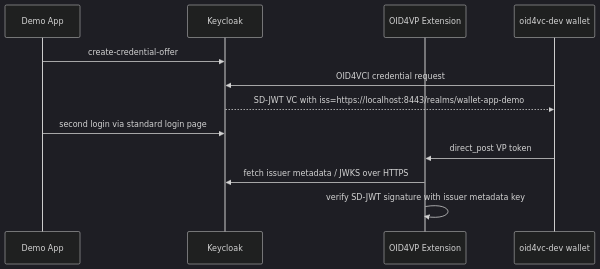
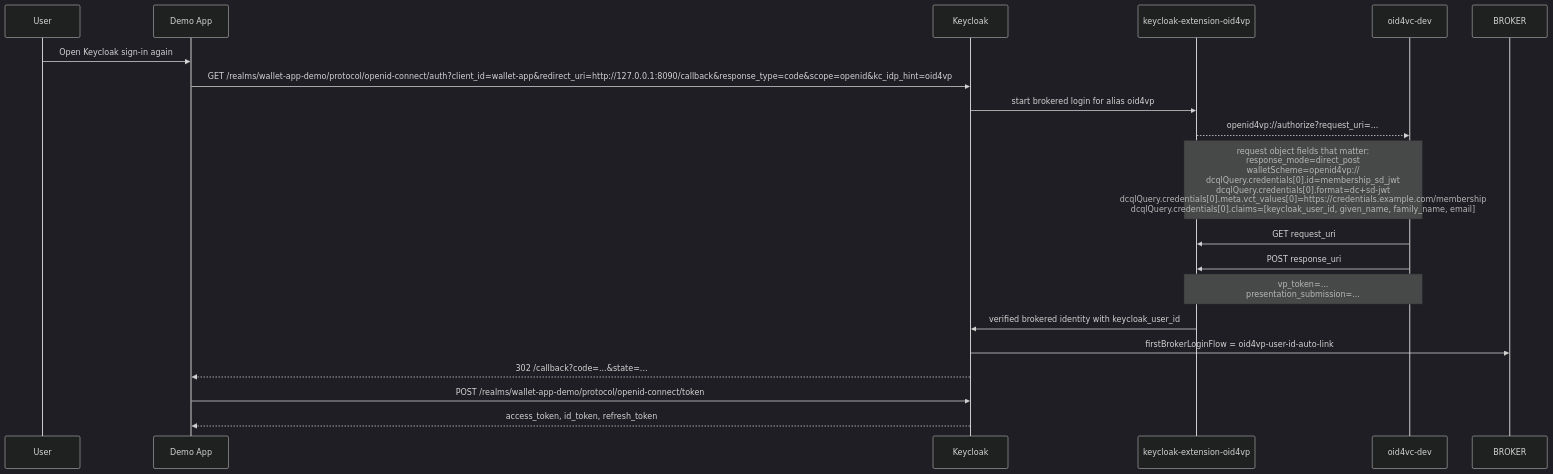
One commit to dominikschlosser/ssi-debugger changed the third of 3 diagrams in examples/keycloak-issuer-verifier-app/README.md. Above: the diagram before and after it, drawn with Mermaid (dark theme). The commit also changed other lines of this file and 55 other files, not shown here.

````diff
--- a/examples/keycloak-issuer-verifier-app/README.md
+++ b/examples/keycloak-issuer-verifier-app/README.md
@@ -156,15 +81,24 @@
 ```mermaid
 sequenceDiagram
+    participant U as User
     participant APP as Demo App
     participant KC as Keycloak
-    participant EXT as OID4VP Extension
-    participant W as oid4vc-dev wallet
+    participant EXT as keycloak-extension-oid4vp
+    participant W as oid4vc-dev
 
-    APP->>KC: create-credential-offer
-    W->>KC: OID4VCI credential request
-    KC-->>W: SD-JWT VC with iss=https://localhost:8443/realms/wallet-app-demo
-    APP->>KC: second login via standard login page
-    W->>EXT: direct_post VP token
-    EXT->>KC: fetch issuer metadata / JWKS over HTTPS
-    EXT->>EXT: verify SD-JWT signature with issuer metadata key
+    U->>APP: Open Keycloak sign-in again
+    APP->>KC: GET /realms/wallet-app-demo/protocol/openid-connect/auth?client_id=wallet-app&redirect_uri=http://127.0.0.1:8090/callback&response_type=code&scope=openid&kc_idp_hint=oid4vp
+    KC->>EXT: start brokered login for alias oid4vp
+    EXT-->>W: openid4vp://authorize?request_uri=...
+    Note over EXT,W: request object fields that matter:<br/>response_mode=direct_post<br/>walletScheme=openid4vp://<br/>dcqlQuery.credentials[0].id=membership_sd_jwt<br/>dcqlQuery.credentials[0].format=dc+sd-jwt<br/>dcqlQuery.credentials[0].meta.vct_values[0]=https://credentials.example.com/membership<br/>dcqlQuery.credentials[0].claims=[keycloak_user_id, given_name, family_name, email]
+
+    W->>EXT: GET request_uri
+    W->>EXT: POST response_uri
+    Note over W,EXT: vp_token=...<br/>presentation_submission=...
+
+    EXT->>KC: verified brokered identity with keycloak_user_id
+    KC->>BROKER: firstBrokerLoginFlow = oid4vp-user-id-auto-link
+    KC-->>APP: 302 /callback?code=...&state=...
+    APP->>KC: POST /realms/wallet-app-demo/protocol/openid-connect/token
+    KC-->>APP: access_token, id_token, refresh_token
 ```
````
